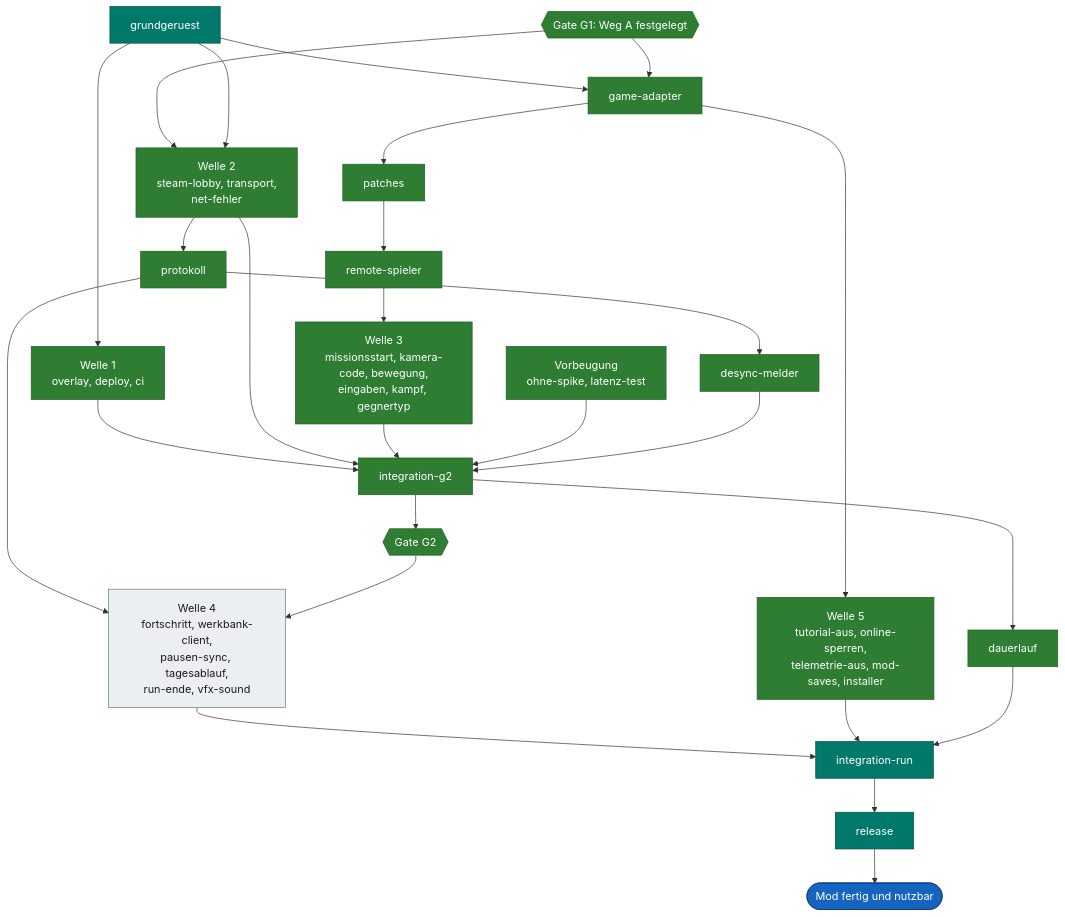
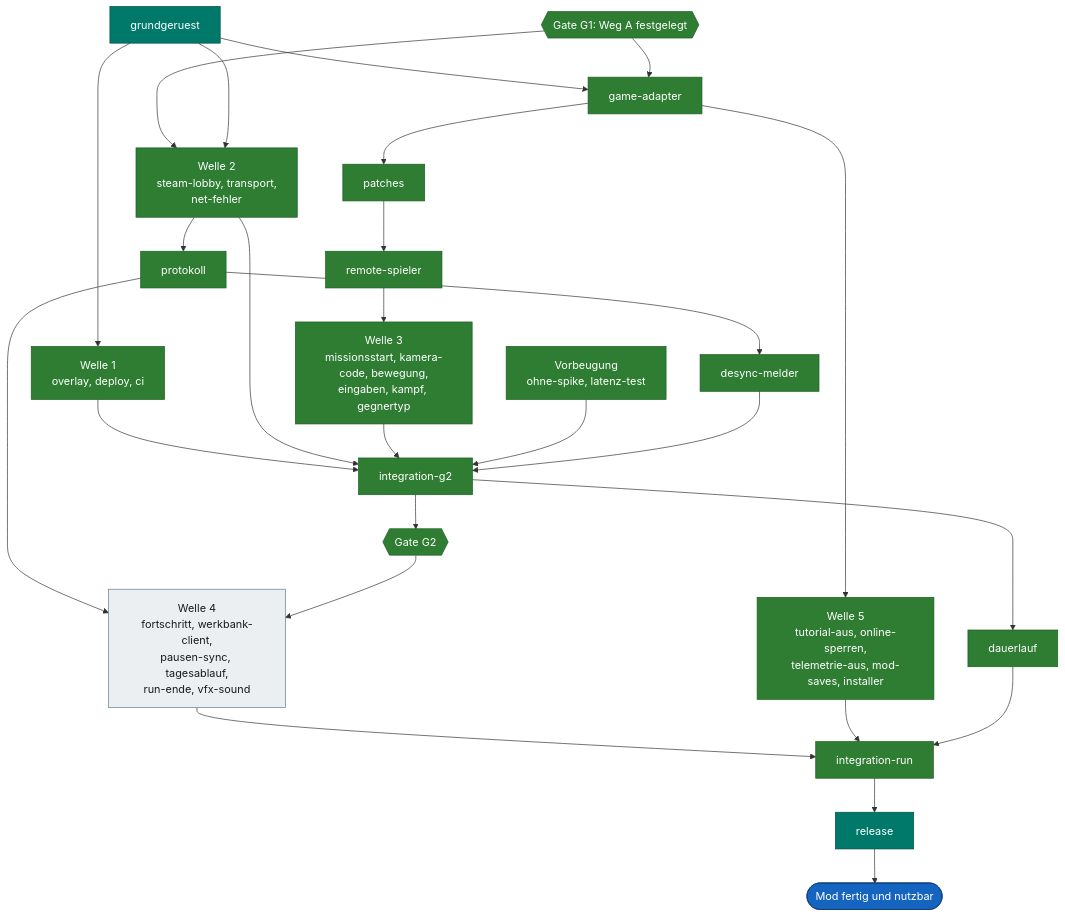
Before and after one commit to VitaminStack/Deadly-Days-Roadtrip-Multiplayer-Mod: the fourth of 4 diagrams in docs/ROADMAP.md, drawn with Mermaid. The commit also changed 5 other files, not shown here.

First line of the commit message:
integration-run: Stand als Release 1.0 freigegeben, Spieleranleitung und bekannte Fehler (#290)

````diff
--- a/docs/ROADMAP.md
+++ b/docs/ROADMAP.md
@@ -395,31 +395,31 @@
 ```mermaid
 flowchart TD
     GR["grundgeruest"]:::central --> W1["Welle 1<br/>overlay, deploy, ci"]:::done
     GR --> GA["game-adapter"]:::done
     G1{{"Gate G1: Weg A festgelegt"}}:::done --> W2["Welle 2<br/>steam-lobby, transport,<br/>net-fehler"]:::done
     GR --> W2
     G1 --> GA
     GA --> PT["patches"]:::done --> RS["remote-spieler"]:::done
     GA --> W5["Welle 5<br/>tutorial-aus, online-sperren,<br/>telemetrie-aus, mod-saves, installer"]:::done
     RS --> W3["Welle 3<br/>missionsstart, kamera-code, bewegung,<br/>eingaben, kampf, gegnertyp"]:::done
     W1 --> IG["integration-g2"]:::done
     W2 --> PR["protokoll"]:::done
     W2 --> IG
     W3 --> IG
     IG --> G2{{"Gate G2"}}:::done
     PR --> W4["Welle 4<br/>fortschritt, werkbank-client,<br/>pausen-sync, tagesablauf,<br/>run-ende, vfx-sound"]:::open
     G2 --> W4
-    W4 --> IR["integration-run"]:::central
+    W4 --> IR["integration-run"]:::done
     W5 --> IR
     RV["Vorbeugung<br/>ohne-spike, latenz-test"]:::done --> IG
     PR --> DS["desync-melder"]:::done --> IG
     IG --> DL["dauerlauf"]:::done --> IR
     IR --> RL["release"]:::central
     RL --> Z(["Mod fertig und nutzbar"]):::goal
 
     classDef done fill:#2e7d32,stroke:#1b5e20,color:#ffffff
     classDef central fill:#00796b,stroke:#004d40,color:#ffffff
     classDef open fill:#eceff1,stroke:#607d8b,color:#1a1a1a
     classDef gate fill:#6a1b9a,stroke:#3e1163,color:#ffffff
     classDef goal fill:#1565c0,stroke:#0d3c78,color:#ffffff
 ```
````
